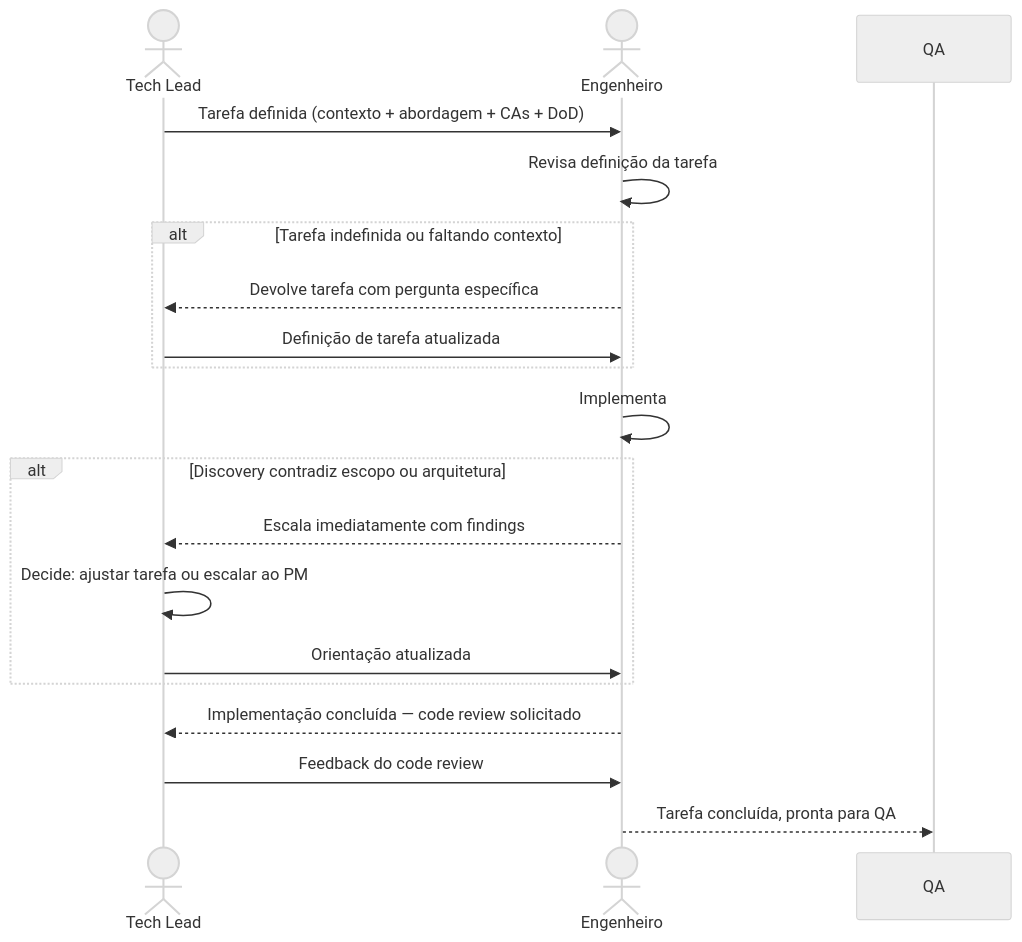
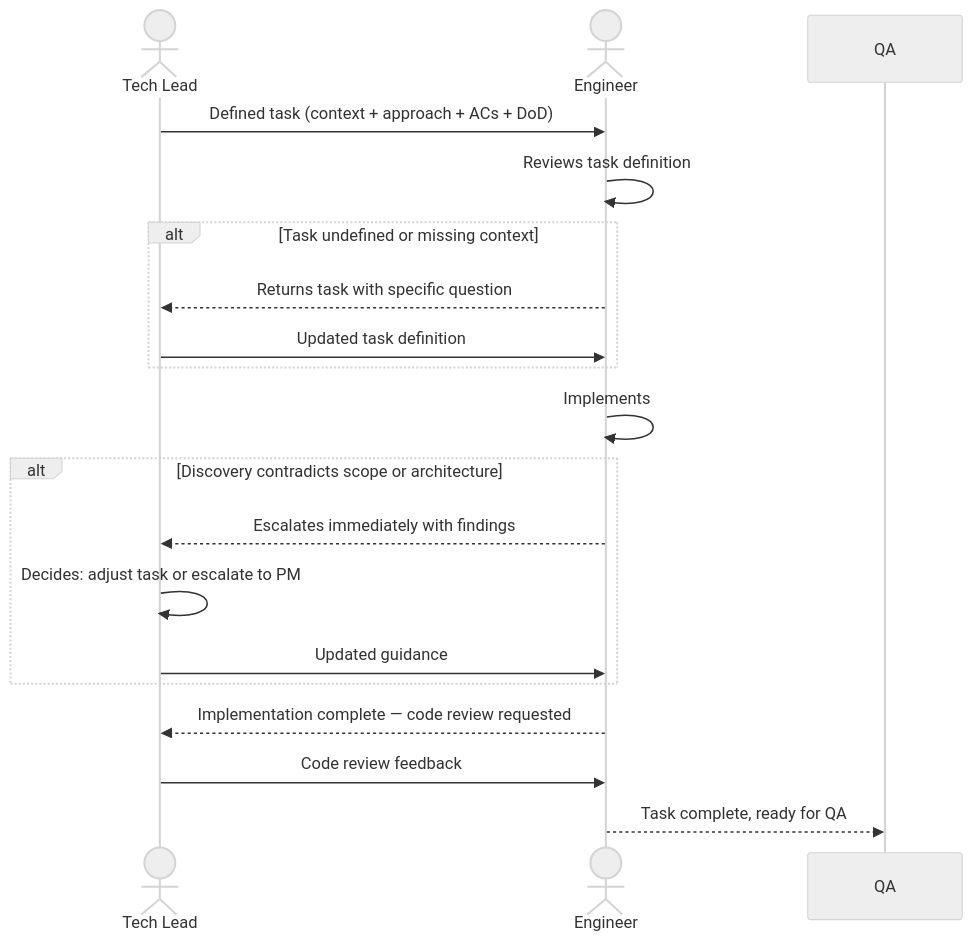
Before and after one commit to hugo-hsbtech/teamwork-process: the diagram in interactions/10-tech-leads-to-engineers.md, drawn with Mermaid (neutral theme). The commit also changed other lines of this file and 63 other files, not shown here.

````diff
--- a/interactions/10-tech-leads-to-engineers.md
+++ b/interactions/10-tech-leads-to-engineers.md
@@ -64,25 +64,25 @@
 ```mermaid
 sequenceDiagram
     actor TL as Tech Lead
-    actor ENG as Engenheiro
+    actor ENG as Engineer
 
-    TL->>ENG: Tarefa definida (contexto + abordagem + CAs + DoD)
-    ENG->>ENG: Revisa definição da tarefa
+    TL->>ENG: Defined task (context + approach + ACs + DoD)
+    ENG->>ENG: Reviews task definition
 
-    alt Tarefa indefinida ou faltando contexto
-        ENG-->>TL: Devolve tarefa com pergunta específica
-        TL->>ENG: Definição de tarefa atualizada
+    alt Task undefined or missing context
+        ENG-->>TL: Returns task with specific question
+        TL->>ENG: Updated task definition
     end
 
-    ENG->>ENG: Implementa
+    ENG->>ENG: Implements
 
-    alt Discovery contradiz escopo ou arquitetura
-        ENG-->>TL: Escala imediatamente com findings
-        TL->>TL: Decide: ajustar tarefa ou escalar ao PM
-        TL->>ENG: Orientação atualizada
+    alt Discovery contradicts scope or architecture
+        ENG-->>TL: Escalates immediately with findings
+        TL->>TL: Decides: adjust task or escalate to PM
+        TL->>ENG: Updated guidance
     end
 
-    ENG-->>TL: Implementação concluída — code review solicitado
-    TL->>ENG: Feedback do code review
-    ENG-->>QA: Tarefa concluída, pronta para QA
+    ENG-->>TL: Implementation complete — code review requested
+    TL->>ENG: Code review feedback
+    ENG-->>QA: Task complete, ready for QA
 ```
````
